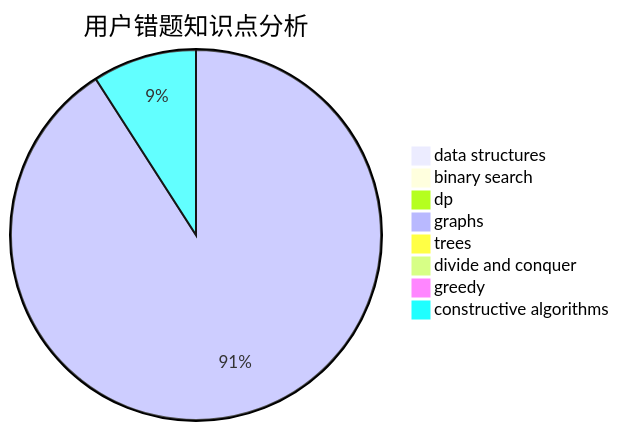
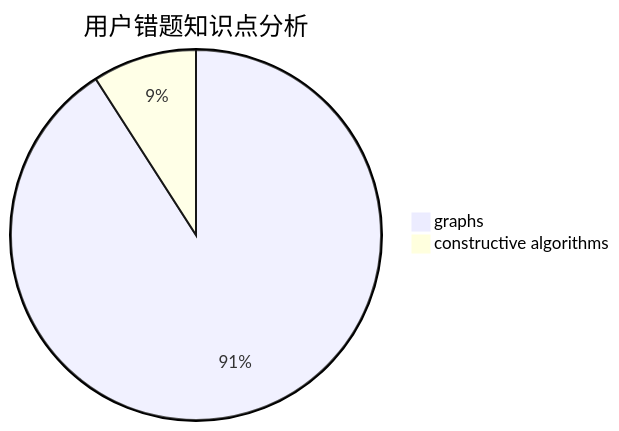
One commit to sherpahu/cfrs.github.io changed the third of 3 diagrams in docs/user/u1048.md. Above: the diagram before and after it, drawn with Mermaid. The commit also changed other lines of this file and 2770 other files, not shown here.

````diff
--- a/docs/user/u1048.md
+++ b/docs/user/u1048.md
@@ -31,11 +27,5 @@
 ```mermaid
 pie title 用户错题知识点分析
-    "data structures" :  0
-    "binary search" :  0
-    "dp" :  0
     "graphs" :  20
-    "trees" :  0
-    "divide and conquer" :  0
-    "greedy" :  0
     "constructive algorithms" :  2
 ```
````
